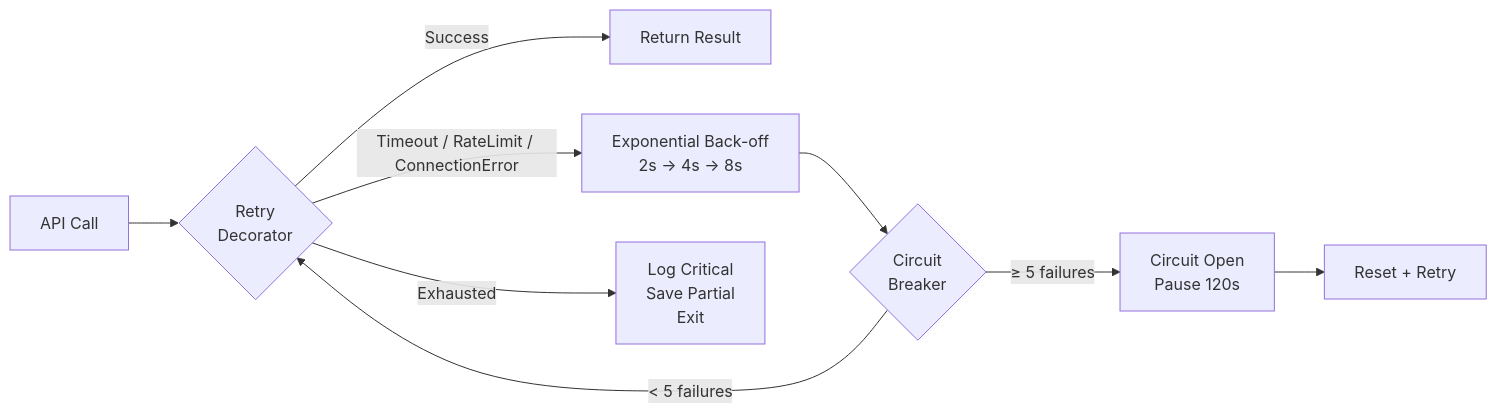
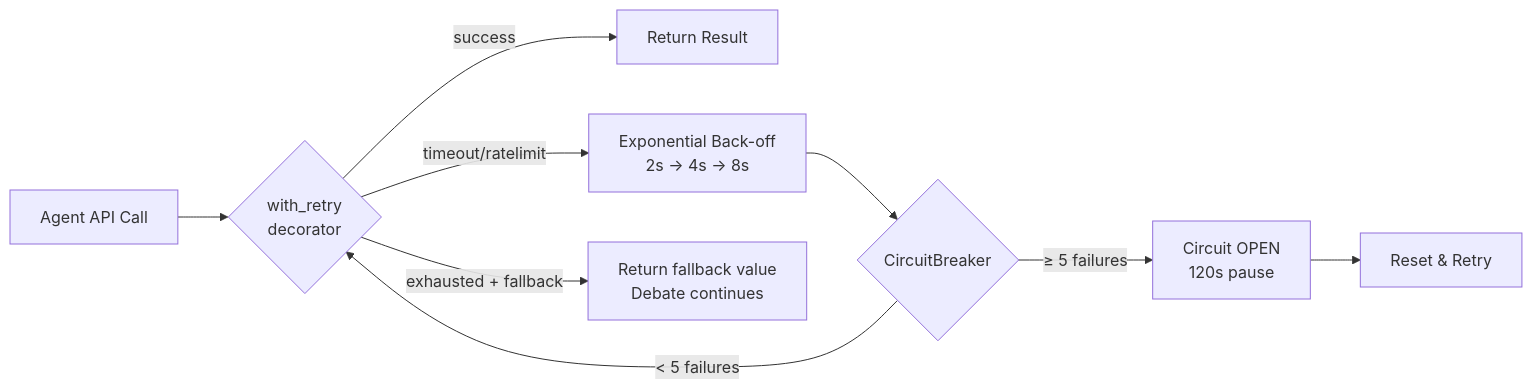
One commit to awawdyamal04/ai-agent-debate changed the third of 3 diagrams in README.md. Above: the diagram before and after it, drawn with Mermaid. The commit also changed other lines of this file and 39 other files, not shown here.

Commit message:
implement production-style agent debate system

````diff
--- a/README.md
+++ b/README.md
@@ -75,11 +126,11 @@
 ```mermaid
 flowchart LR
-    CALL["API Call"] --> RETRY{"Retry\nDecorator"}
-    RETRY -->|Success| RESULT["Return Result"]
-    RETRY -->|Timeout / RateLimit / ConnectionError| WAIT["Exponential Back-off\n2s → 4s → 8s"]
-    WAIT --> CB{"Circuit\nBreaker"}
-    CB -->|< 5 failures| RETRY
-    CB -->|≥ 5 failures| OPEN["Circuit Open\nPause 120s"]
-    OPEN --> RESET["Reset + Retry"]
-    RETRY -->|Exhausted| LOG["Log Critical\nSave Partial\nExit"]
+    CALL["Agent API Call"] --> WD{"with_retry\ndecorator"}
+    WD -->|success| RESULT["Return Result"]
+    WD -->|timeout/ratelimit| WAIT["Exponential Back-off\n2s → 4s → 8s"]
+    WAIT --> CB{"CircuitBreaker"}
+    CB -->|< 5 failures| WD
+    CB -->|≥ 5 failures| OPEN["Circuit OPEN\n120s pause"]
+    OPEN --> RESET["Reset & Retry"]
+    WD -->|exhausted + fallback| FALLBACK["Return fallback value\nDebate continues"]
 ```
````
